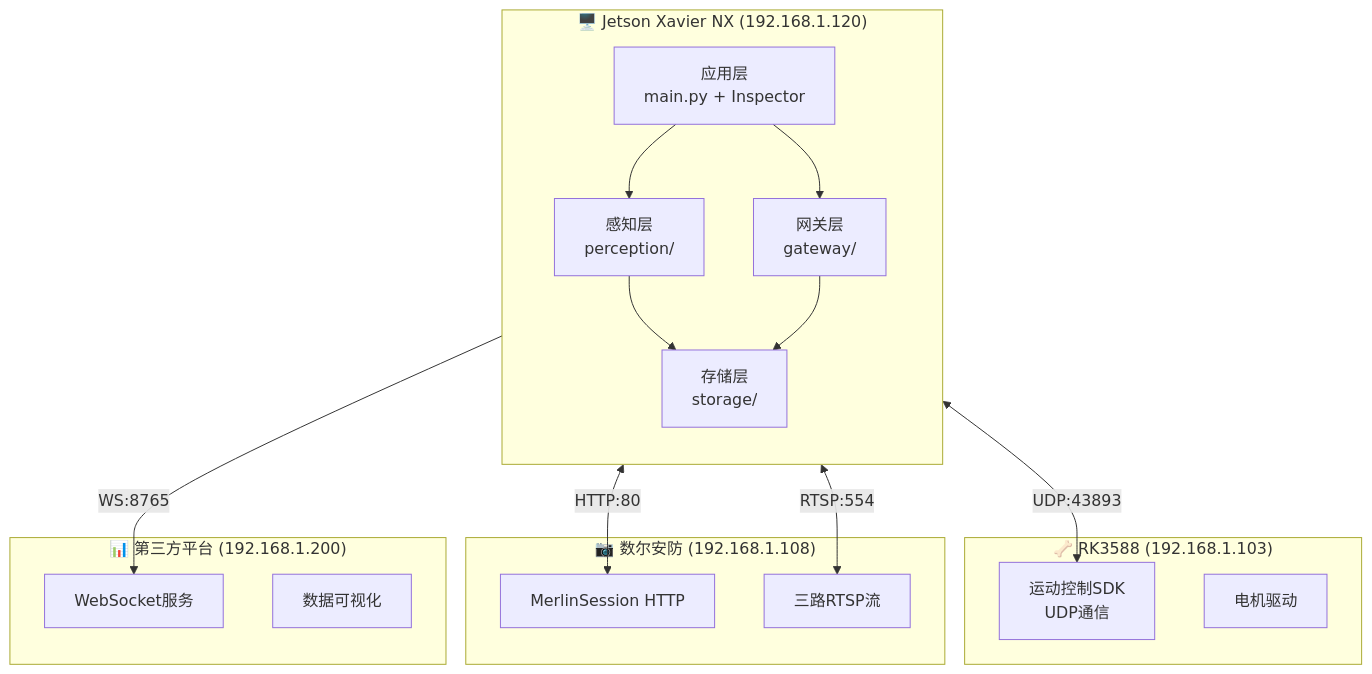
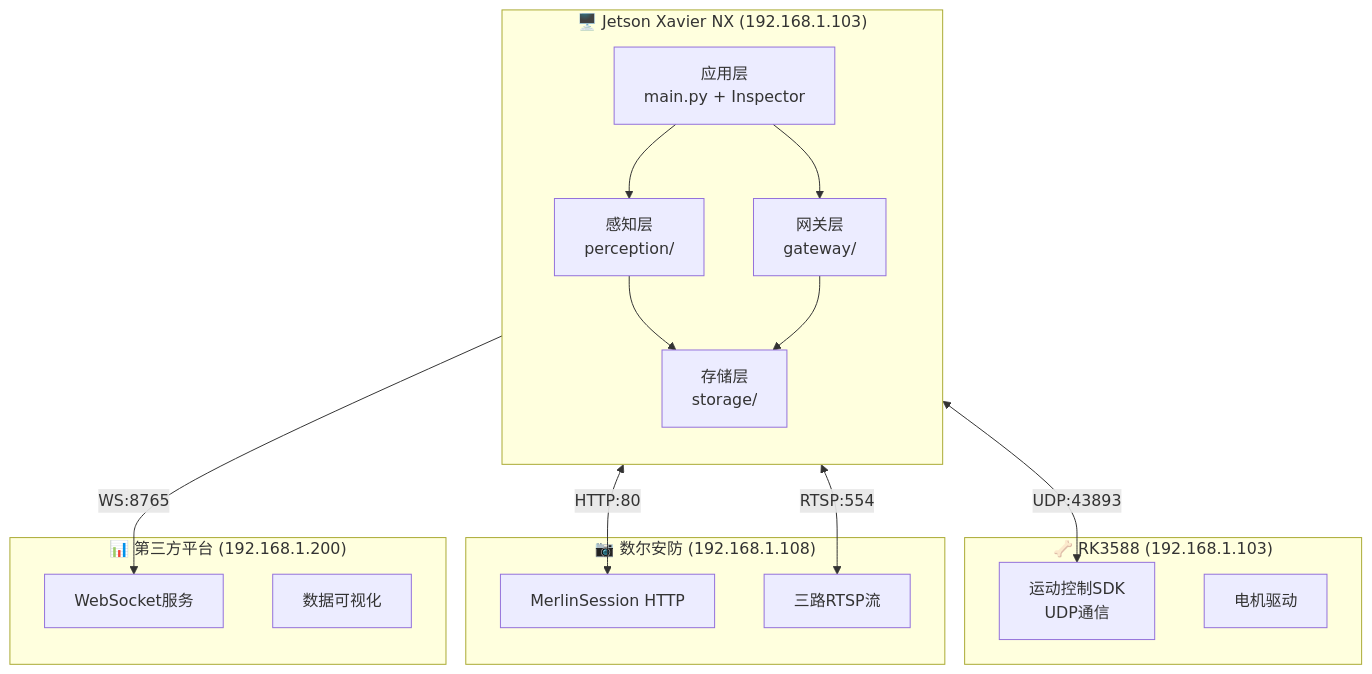
The first of 2 diagrams in docs/03-项目管理/03-项目实施规划书.md (CosmicVortex/lite3-power-inspection), drawn with Mermaid before and after one commit. The commit also changed other lines of this file and 70 other files, not shown here.

````diff
--- a/docs/03-项目管理/03-项目实施规划书.md
+++ b/docs/03-项目管理/03-项目实施规划书.md
@@ -118,35 +118,35 @@
 ```mermaid
 graph TB
-    subgraph 感知主机["🖥️ Jetson Xavier NX (192.168.1.120)"]
+    subgraph 感知主机["🖥️ Jetson Xavier NX (192.168.1.103)"]
         direction TB
         App["应用层\nmain.py + Inspector"]
         Perception["感知层\nperception/"]
         Gateway["网关层\ngateway/"]
         Storage["存储层\nstorage/"]
         
         App --> Perception
         App --> Gateway
         Perception --> Storage
         Gateway --> Storage
     end
     
     subgraph 运动主机["🦴 RK3588 (192.168.1.103)"]
         MotionSDK["运动控制SDK\nUDP通信"]
         MotorControl["电机驱动"]
     end
     
     subgraph 云台相机["📷 数尔安防 (192.168.1.108)"]
         PTZ_HTTP["MerlinSession HTTP"]
         RTSP["三路RTSP流"]
     end
     
     subgraph 监测平台["📊 第三方平台 (192.168.1.200)"]
         WS_Server["WebSocket服务"]
         Data_Viz["数据可视化"]
     end
     
     App <-->|UDP:43893| MotionSDK
     App <-->|HTTP:80| PTZ_HTTP
     Perception <--RTSP:554--> RTSP
     Gateway -->|WS:8765| WS_Server
 ```
````
